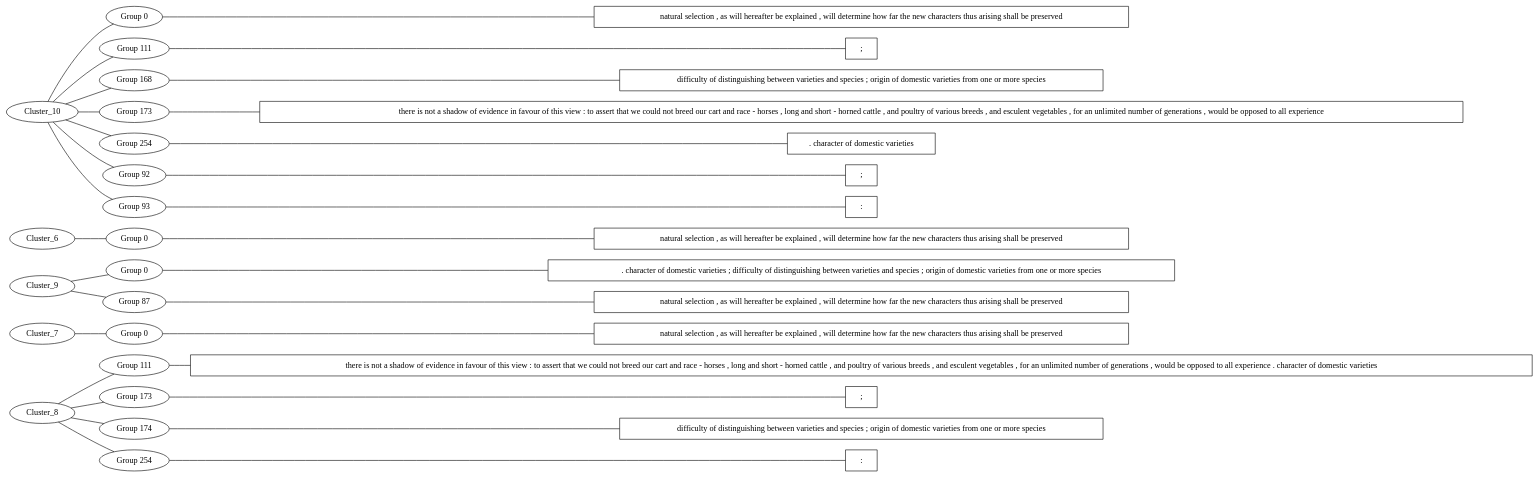
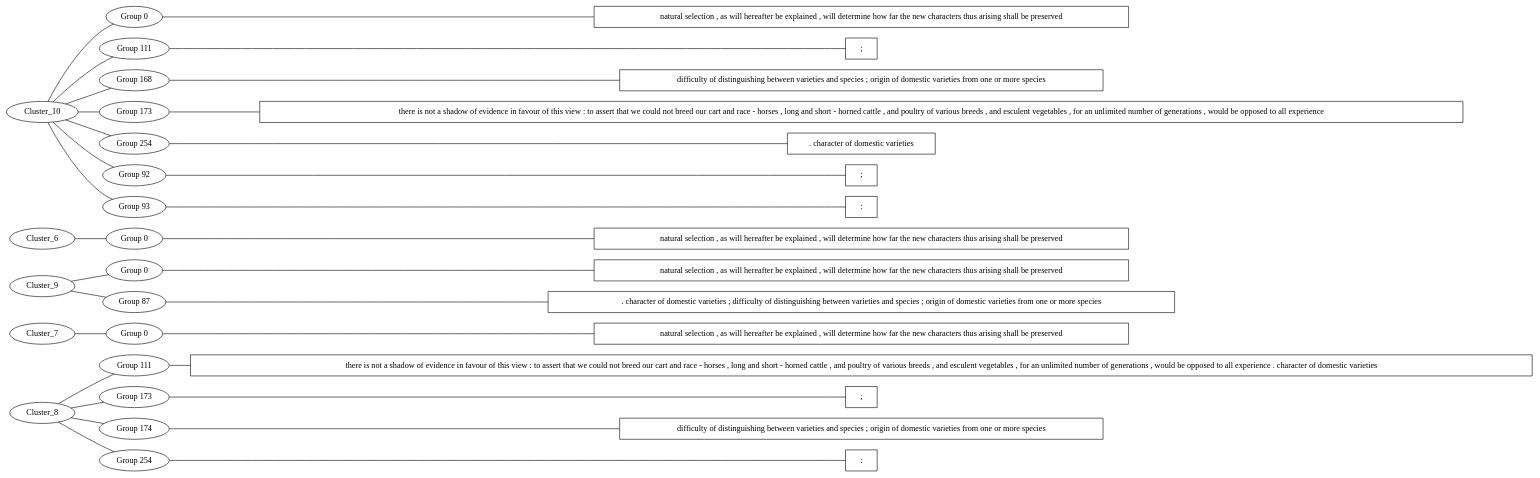
The diagram in src/main/outputs/hypergraph.dot (djbpitt/scala-graphing-sandbox), drawn with Graphviz before and after one commit. The commit also changed 1 other file, not shown here.

```diff
--- a/src/main/outputs/hypergraph.dot
+++ b/src/main/outputs/hypergraph.dot
@@ -1,63 +1,63 @@
 graph MyGraph {
 rankdir = LR
 "Cluster_8_254_reading" [shape=box label=": "]
 "Cluster_8_174_reading" [shape=box label="difficulty of distinguishing between varieties and species ; origin of domestic varieties from one or more species "]
 "Cluster_8_173_reading" [shape=box label="; "]
 "Cluster_8_111_reading" [shape=box label="there is not a shadow of evidence in favour of this view : to assert that we could not breed our cart and race - horses , long and short - horned cattle , and poultry of various breeds , and esculent vegetables , for an unlimited number of generations , would be opposed to all experience . character of domestic varieties "]
 "Cluster_8_111" [label="Group 111"]
 "Cluster_8_173" [label="Group 173"]
 "Cluster_8_174" [label="Group 174"]
 "Cluster_8_254" [label="Group 254"]
 "Cluster_8_254" -- "Cluster_8_254_reading"
 "Cluster_8_174" -- "Cluster_8_174_reading"
 "Cluster_8_173" -- "Cluster_8_173_reading"
 "Cluster_8_111" -- "Cluster_8_111_reading"
 Cluster_8 -- "Cluster_8_254"
 Cluster_8 -- "Cluster_8_174"
 Cluster_8 -- "Cluster_8_173"
 Cluster_8 -- "Cluster_8_111"
 "Cluster_7_0_reading" [shape=box label="natural selection , as will hereafter be explained , will determine how far the new characters thus arising shall be preserved "]
 "Cluster_7_0" [label="Group 0"]
 "Cluster_7_0" -- "Cluster_7_0_reading"
 Cluster_7 -- "Cluster_7_0"
-"Cluster_9_87_reading" [shape=box label="natural selection , as will hereafter be explained , will determine how far the new characters thus arising shall be preserved "]
-"Cluster_9_0_reading" [shape=box label=". character of domestic varieties ; difficulty of distinguishing between varieties and species ; origin of domestic varieties from one or more species "]
+"Cluster_9_87_reading" [shape=box label=". character of domestic varieties ; difficulty of distinguishing between varieties and species ; origin of domestic varieties from one or more species "]
+"Cluster_9_0_reading" [shape=box label="natural selection , as will hereafter be explained , will determine how far the new characters thus arising shall be preserved "]
 "Cluster_9_0" [label="Group 0"]
 "Cluster_9_87" [label="Group 87"]
 "Cluster_9_87" -- "Cluster_9_87_reading"
 "Cluster_9_0" -- "Cluster_9_0_reading"
 Cluster_9 -- "Cluster_9_87"
 Cluster_9 -- "Cluster_9_0"
 "Cluster_6_0_reading" [shape=box label="natural selection , as will hereafter be explained , will determine how far the new characters thus arising shall be preserved "]
 "Cluster_6_0" [label="Group 0"]
 "Cluster_6_0" -- "Cluster_6_0_reading"
 Cluster_6 -- "Cluster_6_0"
 "Cluster_10_93_reading" [shape=box label=": "]
 "Cluster_10_92_reading" [shape=box label="; "]
 "Cluster_10_254_reading" [shape=box label=". character of domestic varieties "]
 "Cluster_10_173_reading" [shape=box label="there is not a shadow of evidence in favour of this view : to assert that we could not breed our cart and race - horses , long and short - horned cattle , and poultry of various breeds , and esculent vegetables , for an unlimited number of generations , would be opposed to all experience "]
 "Cluster_10_168_reading" [shape=box label="difficulty of distinguishing between varieties and species ; origin of domestic varieties from one or more species "]
 "Cluster_10_111_reading" [shape=box label="; "]
 "Cluster_10_0_reading" [shape=box label="natural selection , as will hereafter be explained , will determine how far the new characters thus arising shall be preserved "]
 "Cluster_10_0" [label="Group 0"]
 "Cluster_10_111" [label="Group 111"]
 "Cluster_10_168" [label="Group 168"]
 "Cluster_10_173" [label="Group 173"]
 "Cluster_10_254" [label="Group 254"]
 "Cluster_10_92" [label="Group 92"]
 "Cluster_10_93" [label="Group 93"]
 "Cluster_10_93" -- "Cluster_10_93_reading"
 "Cluster_10_92" -- "Cluster_10_92_reading"
 "Cluster_10_254" -- "Cluster_10_254_reading"
 "Cluster_10_173" -- "Cluster_10_173_reading"
 "Cluster_10_168" -- "Cluster_10_168_reading"
 "Cluster_10_111" -- "Cluster_10_111_reading"
 "Cluster_10_0" -- "Cluster_10_0_reading"
 Cluster_10 -- "Cluster_10_93"
 Cluster_10 -- "Cluster_10_92"
 Cluster_10 -- "Cluster_10_254"
 Cluster_10 -- "Cluster_10_173"
 Cluster_10 -- "Cluster_10_168"
 Cluster_10 -- "Cluster_10_111"
 Cluster_10 -- "Cluster_10_0"
 }
```
